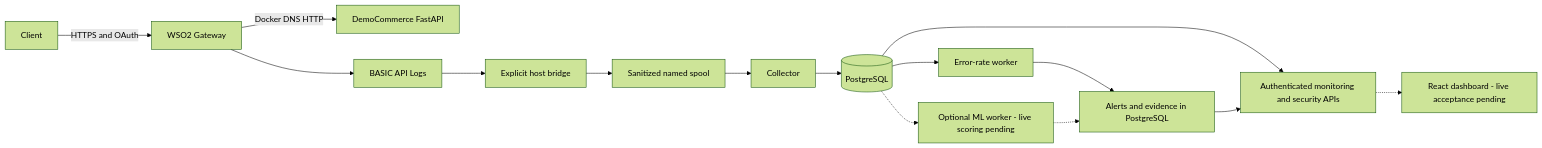
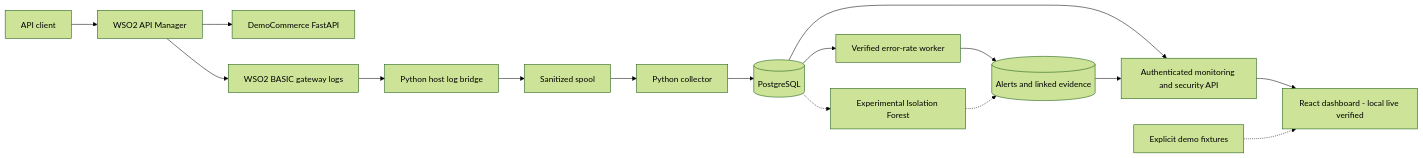
Before and after one commit to Kaveesha23dil/sentinelapi: the diagram in README.md, drawn with Mermaid (forest theme). The commit also changed other lines of this file and 1 other file, not shown here.

Commit message:
docs: polish SentinelAPI README for internship portfolio

````diff
--- a/README.md
+++ b/README.md
@@ -27,17 +97,18 @@
 ```mermaid
 flowchart LR
-    Client -->|HTTPS and OAuth| Gateway[WSO2 Gateway]
-    Gateway -->|Docker DNS HTTP| Demo[DemoCommerce FastAPI]
-    Gateway --> Logs[BASIC API Logs]
-    Logs --> Bridge[Explicit host bridge]
-    Bridge --> Spool[Sanitized named spool]
-    Spool --> Collector
+    Client[API client] --> Gateway[WSO2 API Manager]
+    Gateway --> Demo[DemoCommerce FastAPI]
+    Gateway --> Logs[WSO2 BASIC gateway logs]
+    Logs --> Bridge[Python host log bridge]
+    Bridge --> Spool[Sanitized spool]
+    Spool --> Collector[Python collector]
     Collector --> DB[(PostgreSQL)]
-    DB --> Rules[Error-rate worker]
-    DB -.-> ML[Optional ML worker - live scoring pending]
-    Rules --> Alerts[Alerts and evidence in PostgreSQL]
-    ML -.-> Alerts
-    DB --> APIs[Authenticated monitoring and security APIs]
-    Alerts --> APIs
-    APIs -.-> UI[React dashboard - live acceptance pending]
+    DB --> Rules[Verified error-rate worker]
+    Rules --> Evidence[(Alerts and linked evidence)]
+    DB -.-> ML[Experimental Isolation Forest]
+    ML -.-> Evidence
+    DB --> API[Authenticated monitoring and security API]
+    Evidence --> API
+    API --> Dashboard[React dashboard - local live verified]
+    Fixtures[Explicit demo fixtures] -.-> Dashboard
 ```
````
